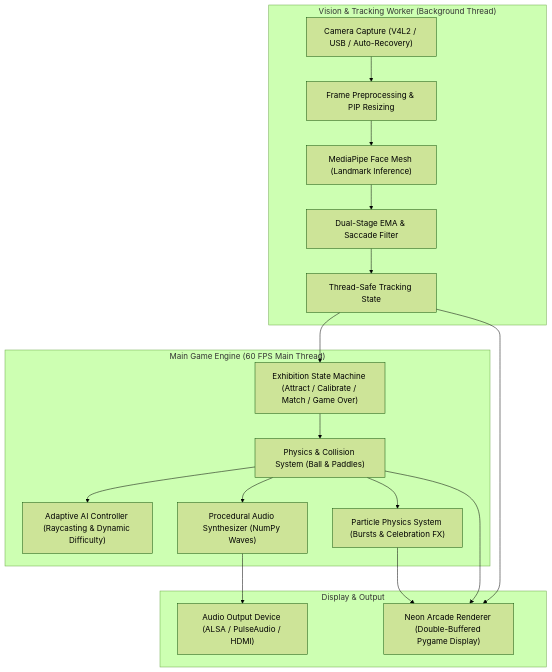
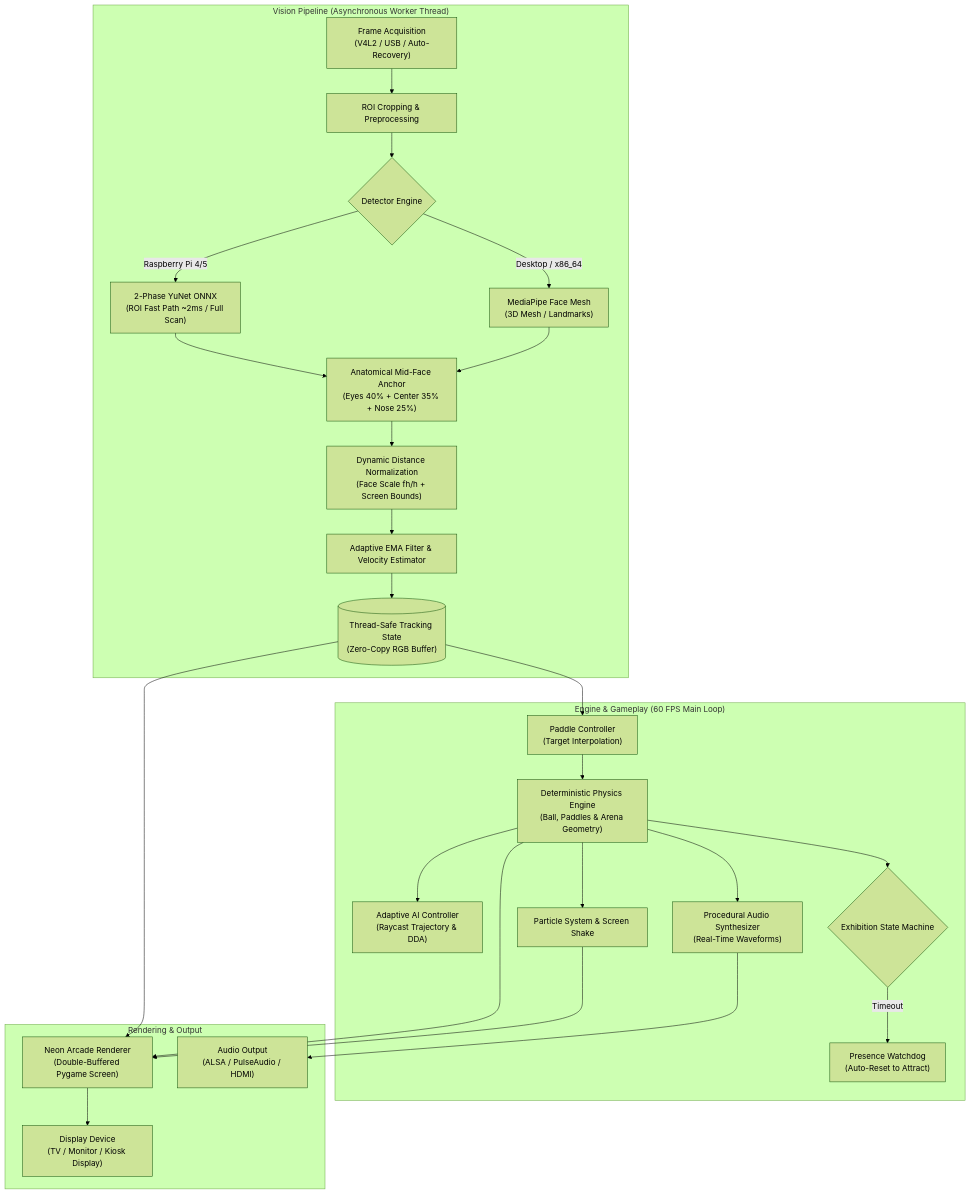
Before and after one commit to AndresRuzT/FacePong: the first of 2 diagrams in README.md, drawn with Mermaid (forest theme). The commit also changed other lines of this file and 1 other file, not shown here.

Commit message:
docs: audit and update README with professional architecture diagrams and CLI profile option

````diff
--- a/README.md
+++ b/README.md
@@ -30,24 +25,32 @@
 ```mermaid
 flowchart TD
-    subgraph VisionPipeline ["Vision & Tracking Worker (Background Thread)"]
-        Cam["Camera Capture (V4L2 / USB / Auto-Recovery)"] --> Frame["Frame Preprocessing & PIP Resizing"]
-        Frame --> MP["MediaPipe Face Mesh (Landmark Inference)"]
-        MP --> Filter["Dual-Stage EMA & Saccade Filter"]
-        Filter --> State["Thread-Safe Tracking State"]
+    subgraph VisionSubsystem["Vision Pipeline (Asynchronous Worker Thread)"]
+        Cam["Frame Acquisition<br/>(V4L2 / USB / Auto-Recovery)"] --> Pre["ROI Cropping & Preprocessing"]
+        Pre --> Tracker{"Detector Engine"}
+        Tracker -->|"Raspberry Pi 4/5"| YuNet["2-Phase YuNet ONNX<br/>(ROI Fast Path ~2ms / Full Scan)"]
+        Tracker -->|"Desktop / x86_64"| MP["MediaPipe Face Mesh<br/>(3D Mesh / Landmarks)"]
+        YuNet --> Anchor["Anatomical Mid-Face Anchor<br/>(Eyes 40% + Center 35% + Nose 25%)"]
+        MP --> Anchor
+        Anchor --> Adapt["Dynamic Distance Normalization<br/>(Face Scale fh/h + Screen Bounds)"]
+        Adapt --> Filter["Adaptive EMA Filter & Velocity Estimator"]
+        Filter --> State[("Thread-Safe Tracking State<br/>(Zero-Copy RGB Buffer)")]
     end
 
-    subgraph GameCore ["Main Game Engine (60 FPS Main Thread)"]
-        State --> SM["Exhibition State Machine (Attract / Calibrate / Match / Game Over)"]
-        SM --> Physics["Physics & Collision System (Ball & Paddles)"]
-        Physics --> AI["Adaptive AI Controller (Raycasting & Dynamic Difficulty)"]
-        Physics --> Audio["Procedural Audio Synthesizer (NumPy Waves)"]
-        Physics --> Particles["Particle Physics System (Bursts & Celebration FX)"]
+    subgraph GameSubsystem["Engine & Gameplay (60 FPS Main Loop)"]
+        State --> Input["Paddle Controller<br/>(Target Interpolation)"]
+        Input --> Physics["Deterministic Physics Engine<br/>(Ball, Paddles & Arena Geometry)"]
+        Physics --> AI["Adaptive AI Controller<br/>(Raycast Trajectory & DDA)"]
+        Physics --> FX["Particle System & Screen Shake"]
+        Physics --> Audio["Procedural Audio Synthesizer<br/>(Real-Time Waveforms)"]
+        Physics --> SM{"Exhibition State Machine"}
+        SM -->|"Timeout"| Watchdog["Presence Watchdog<br/>(Auto-Reset to Attract)"]
     end
 
-    subgraph Presentation ["Display & Output"]
-        Physics --> Renderer["Neon Arcade Renderer (Double-Buffered Pygame Display)"]
-        Particles --> Renderer
+    subgraph PresentationSubsystem["Rendering & Output"]
+        Physics --> Renderer["Neon Arcade Renderer<br/>(Double-Buffered Pygame Screen)"]
+        FX --> Renderer
         State --> Renderer
-        Audio --> Speakers["Audio Output Device (ALSA / PulseAudio / HDMI)"]
+        Audio --> AudioOut["Audio Output<br/>(ALSA / PulseAudio / HDMI)"]
+        Renderer --> Display["Display Device<br/>(TV / Monitor / Kiosk Display)"]
     end
 ```
````
